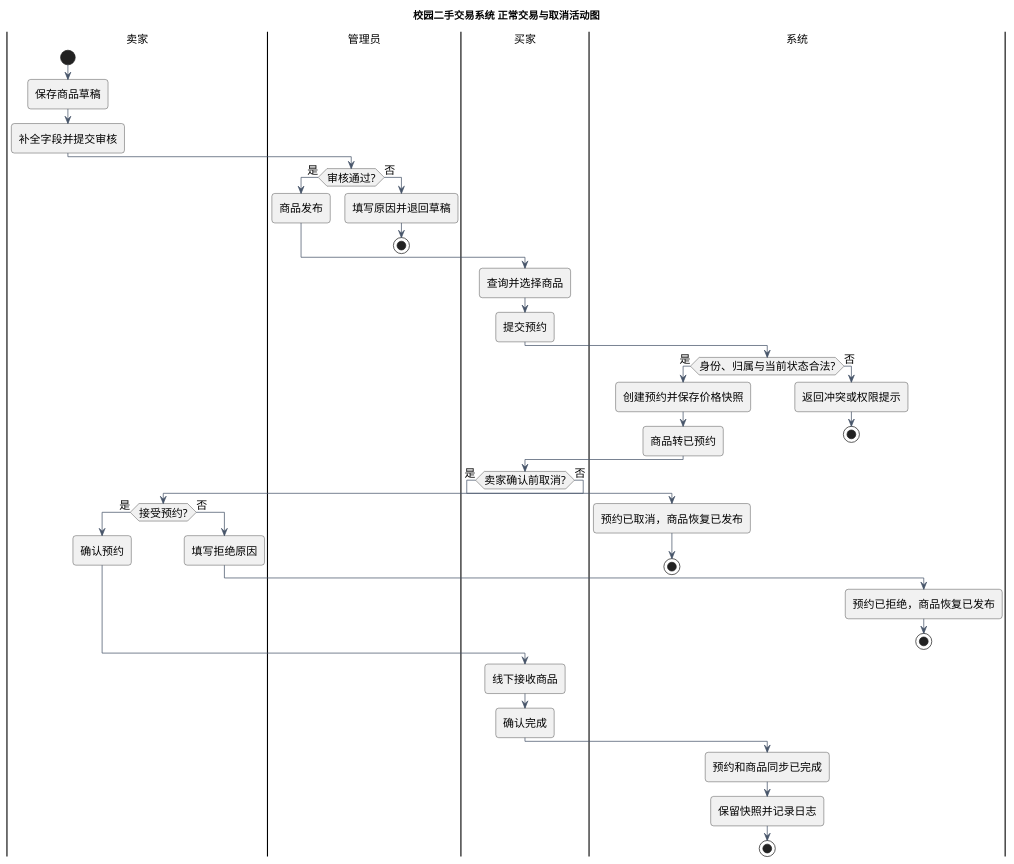
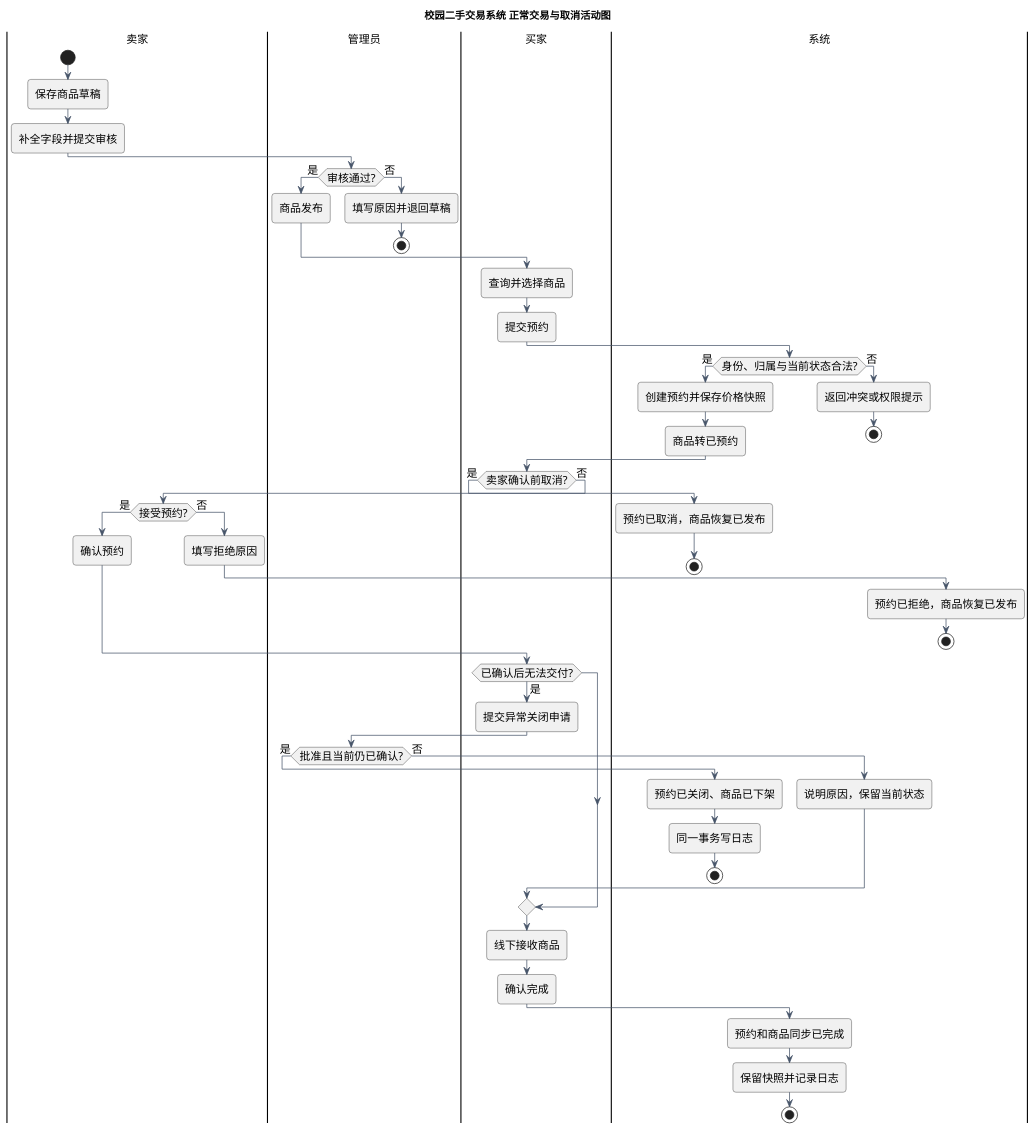
The diagram in lab2/UML/UML活动图.puml (ghost-register/software-engineering-lab1), drawn with PlantUML before and after one commit. The commit also changed 16 other files, not shown here.

```diff
--- a/lab2/UML/UML活动图.puml
+++ b/lab2/UML/UML活动图.puml
@@ -1,58 +1,71 @@
 @startuml
 skinparam defaultFontName Microsoft YaHei
 skinparam backgroundColor white
 skinparam shadowing false
 skinparam roundcorner 8
 skinparam ArrowColor #475569
 skinparam classBackgroundColor #F1F5F9
 skinparam classBorderColor #64748B
 skinparam componentBackgroundColor #EFF6FF
 skinparam componentBorderColor #64748B
 skinparam defaultFontSize 15
 title 校园二手交易系统 正常交易与取消活动图
 |卖家|
 start
 :保存商品草稿;
 :补全字段并提交审核;
 |管理员|
 if (审核通过?) then (是)
  :商品发布;
 else (否)
  :填写原因并退回草稿;
  stop
 endif
 |买家|
 :查询并选择商品;
 :提交预约;
 |系统|
 if (身份、归属与当前状态合法?) then (是)
  :创建预约并保存价格快照;
  :商品转已预约;
 else (否)
  :返回冲突或权限提示;
  stop
 endif
 |买家|
 if (卖家确认前取消?) then (是)
  |系统|
  :预约已取消，商品恢复已发布;
  stop
 else (否)
  |卖家|
  if (接受预约?) then (是)
   :确认预约;
  else (否)
   :填写拒绝原因;
   |系统|
   :预约已拒绝，商品恢复已发布;
   stop
  endif
 endif
 |买家|
+if (已确认后无法交付?) then (是)
+ :提交异常关闭申请;
+ |管理员|
+ if (批准且当前仍已确认?) then (是)
+  |系统|
+  :预约已关闭、商品已下架;
+:同一事务写日志;
+  stop
+ else (否)
+  :说明原因，保留当前状态;
+ endif
+endif
+|买家|
 :线下接收商品;
 :确认完成;
 |系统|
 :预约和商品同步已完成;
 :保留快照并记录日志;
 stop
 @enduml
```
